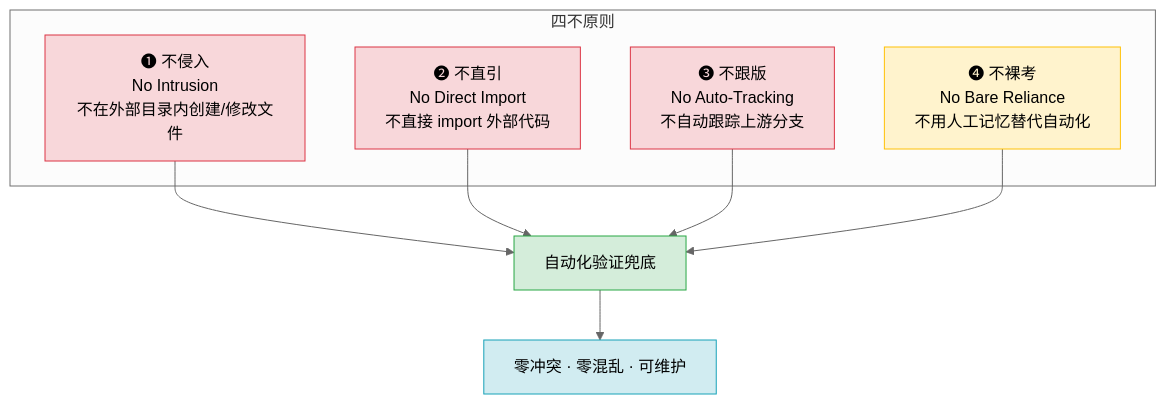
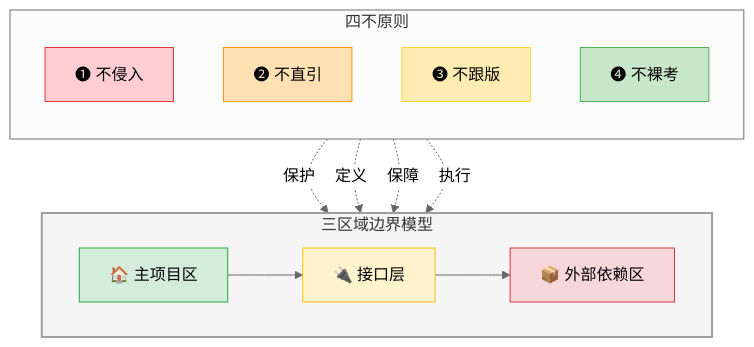
The third of 4 diagrams in docs/retrospective/patterns/methodology-patterns/governance-strategy/four-negatives-external-dependency.md (xinetzone/SpecWeave), drawn with Mermaid (neutral theme) before and after one commit. The commit also changed other lines of this file and 1 other file, not shown here.

First line of the commit message:
docs(patterns): 为三区域模型与四不原则增加多视角可视化架构流程图

````diff
--- a/docs/retrospective/patterns/methodology-patterns/governance-strategy/four-negatives-external-dependency.md
+++ b/docs/retrospective/patterns/methodology-patterns/governance-strategy/four-negatives-external-dependency.md
@@ -25,20 +125,32 @@
 ```mermaid
 flowchart TB
-    subgraph "四不原则"
-        N1["❶ 不侵入\nNo Intrusion\n不在外部目录内创建/修改文件"]
-        N2["❷ 不直引\nNo Direct Import\n不直接 import 外部代码"]
-        N3["❸ 不跟版\nNo Auto-Tracking\n不自动跟踪上游分支"]
-        N4["❹ 不裸考\nNo Bare Reliance\n不用人工记忆替代自动化"]
+    subgraph THREE["三区域边界模型"]
+        direction LR
+        Z1["🏠 主项目区"]
+        Z2["🔌 接口层"]
+        Z3["📦 外部依赖区"]
+        Z1 --> Z2 --> Z3
     end
-    N1 --> V["自动化验证兜底"]
-    N2 --> V
-    N3 --> V
-    N4 --> V
-    V --> R["零冲突 · 零混乱 · 可维护"]
-    style N1 fill:#f8d7da,stroke:#dc3545
-    style N2 fill:#f8d7da,stroke:#dc3545
-    style N3 fill:#f8d7da,stroke:#dc3545
-    style N4 fill:#fff3cd,stroke:#ffc107
-    style V fill:#d4edda,stroke:#28a745
-    style R fill:#d1ecf1,stroke:#17a2b8
+
+    subgraph FOUR["四不原则"]
+        direction TB
+        N1["❶ 不侵入"]
+        N2["❷ 不直引"]
+        N3["❸ 不跟版"]
+        N4["❹ 不裸考"]
+    end
+
+    N1 -.->|"保护"| Z3
+    N2 -.->|"定义"| Z2
+    N3 -.->|"保障"| Z1
+    N4 -.->|"执行"| Z2
+
+    style THREE fill:#f5f5f5,stroke:#9e9e9e,stroke-width:2px
+    style Z1 fill:#d4edda,stroke:#28a745
+    style Z2 fill:#fff3cd,stroke:#ffc107
+    style Z3 fill:#f8d7da,stroke:#dc3545
+    style N1 fill:#ffcdd2,stroke:#e53935
+    style N2 fill:#ffe0b2,stroke:#ff9800
+    style N3 fill:#ffecb3,stroke:#fdd835
+    style N4 fill:#c8e6c9,stroke:#4caf50
 ```
````
